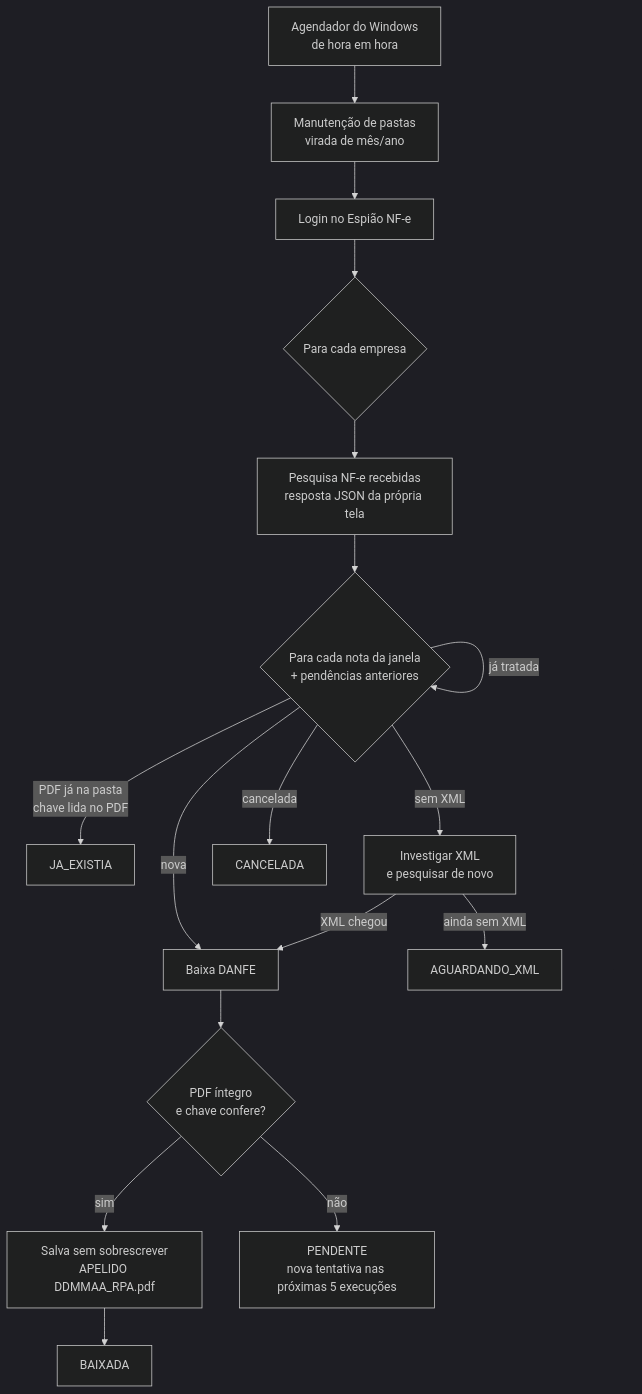
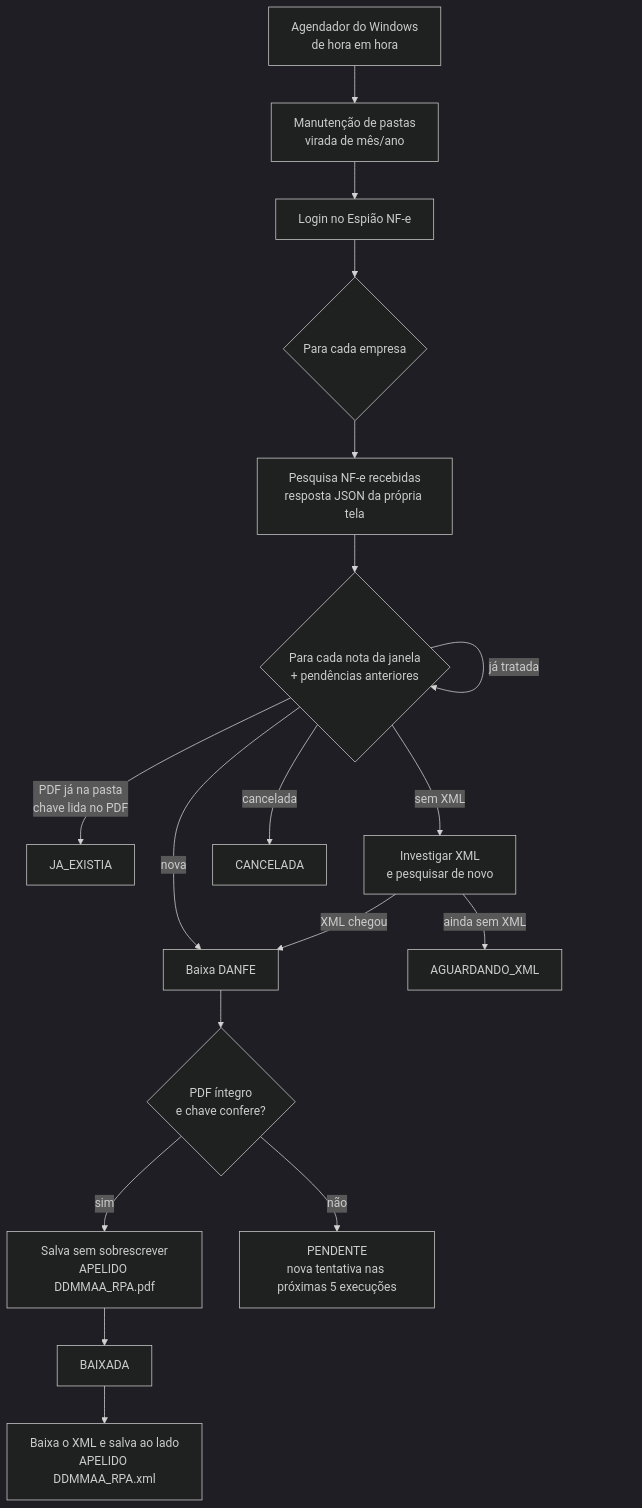
The diagram in README.md (cesaraaugustoo/rpa-nf-espiao), drawn with Mermaid (dark theme) before and after one commit. The commit also changed other lines of this file and 12 other files, not shown here.

First line of the commit message:
feat: baixa o XML de cada nota e salva ao lado do PDF (v1.4.0)

````diff
--- a/README.md
+++ b/README.md
@@ -66,16 +70,17 @@
 ```mermaid
 flowchart TD
     A[Agendador do Windows<br/>de hora em hora] --> B[Manutenção de pastas<br/>virada de mês/ano]
     B --> C[Login no Espião NF-e]
     C --> D{Para cada empresa}
     D --> E[Pesquisa NF-e recebidas<br/>resposta JSON da própria tela]
     E --> F{Para cada nota da janela<br/>+ pendências anteriores}
     F -->|já tratada| F
     F -->|PDF já na pasta<br/>chave lida no PDF| G[JA_EXISTIA]
     F -->|sem XML| H[Investigar XML<br/>e pesquisar de novo] -->|XML chegou| J
     H -->|ainda sem XML| H2[AGUARDANDO_XML]
     F -->|cancelada| I[CANCELADA]
     F -->|nova| J[Baixa DANFE] --> K{PDF íntegro<br/>e chave confere?}
     K -->|sim| L[Salva sem sobrescrever<br/>APELIDO DDMMAA_RPA.pdf] --> M[BAIXADA]
+    M --> X[Baixa o XML e salva ao lado<br/>APELIDO DDMMAA_RPA.xml]
     K -->|não| N[PENDENTE<br/>nova tentativa nas próximas 5 execuções]
 ```
````
